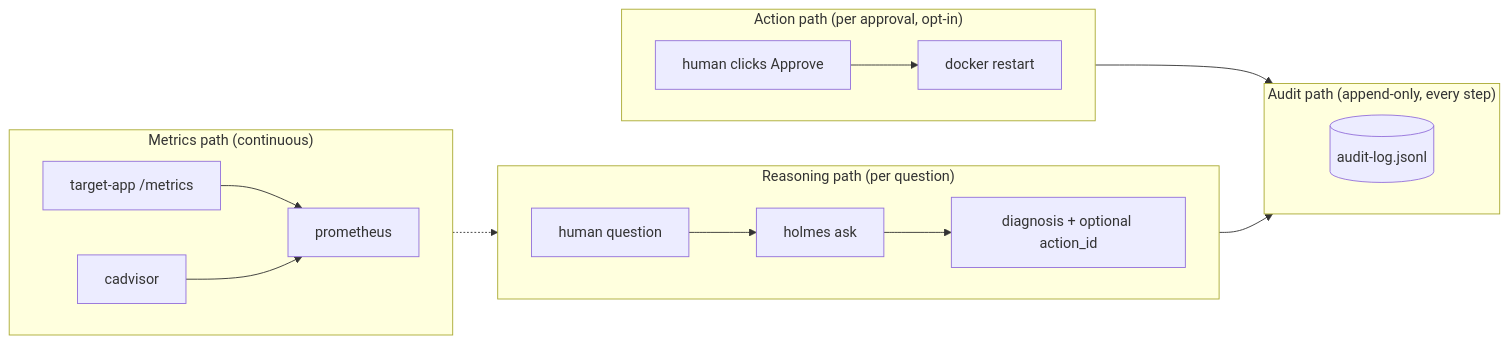
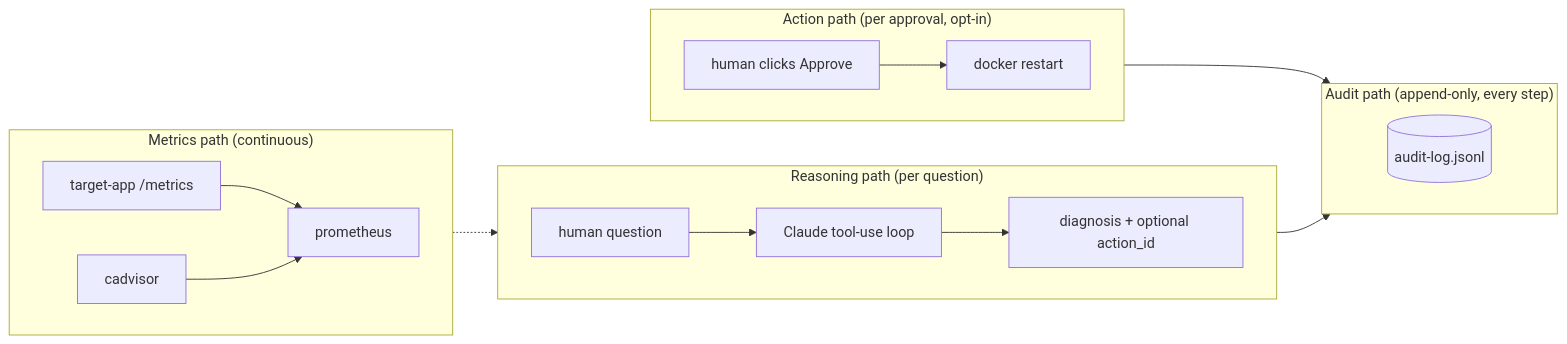
Before and after one commit to omanandswami2005/overwatch-sre: the third of 4 diagrams in docs/architecture.md, drawn with Mermaid. The commit also changed other lines of this file and 10 other files, not shown here.

First line of the commit message:
Replace HolmesGPT integration with a custom Claude tool-use agent

````diff
--- a/docs/architecture.md
+++ b/docs/architecture.md
@@ -182,26 +202,26 @@
 ```mermaid
 flowchart LR
     subgraph metrics["Metrics path (continuous)"]
         direction LR
         TA2["target-app /metrics"] --> P2["prometheus"]
         CAD2["cadvisor"] --> P2
     end
 
     subgraph reasoning["Reasoning path (per question)"]
         direction LR
-        Q["human question"] --> HO2["holmes ask"]
-        P2 -.-> HO2
-        HO2 --> ANS["diagnosis + optional action_id"]
+        Q["human question"] --> AG2["Claude tool-use loop"]
+        P2 -.-> AG2
+        AG2 --> ANS["diagnosis + optional action_id"]
     end
 
     subgraph action["Action path (per approval, opt-in)"]
         direction LR
         APR["human clicks Approve"] --> RS["docker restart"]
     end
 
     subgraph audit["Audit path (append-only, every step)"]
         direction LR
         ANS --> LOG[("audit-log.jsonl")]
         RS --> LOG
     end
 ```
````
